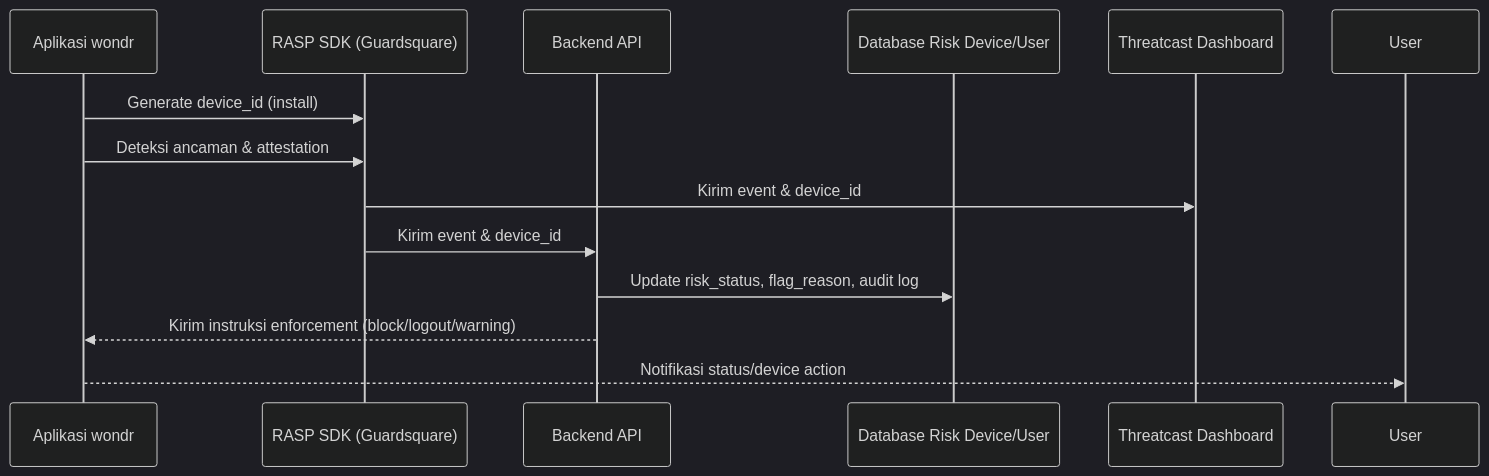
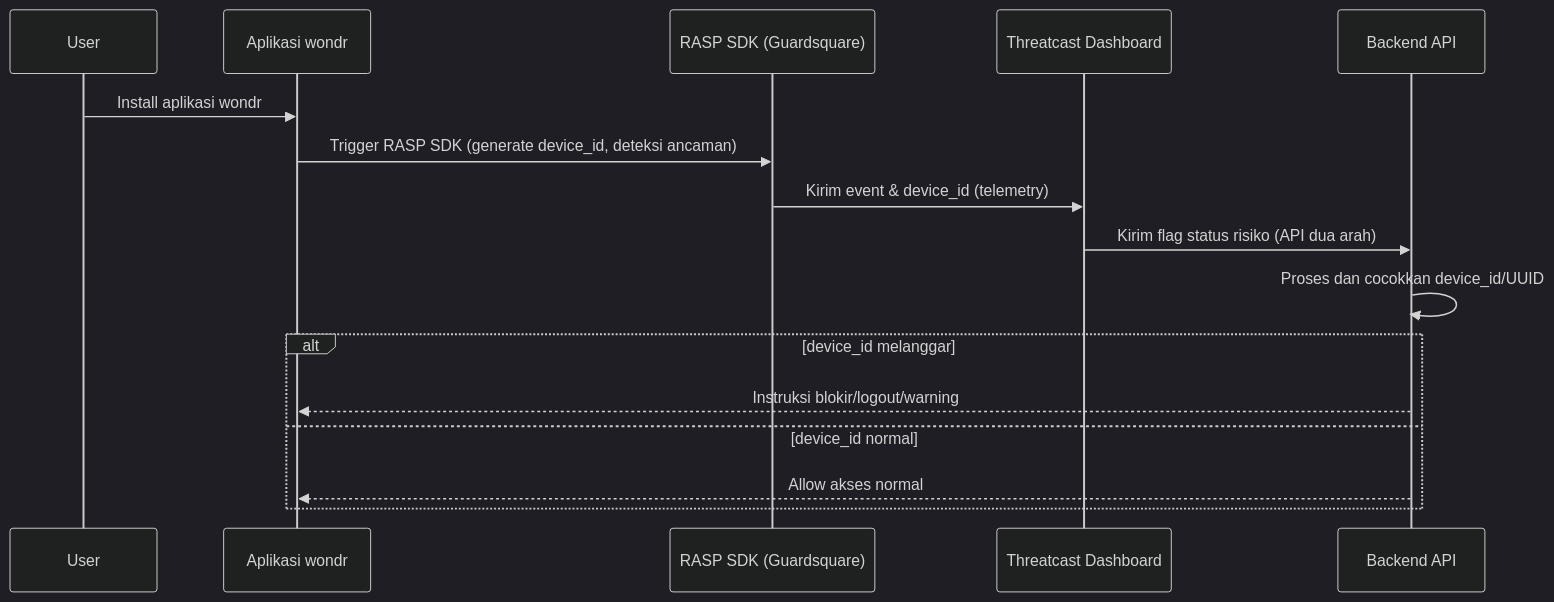
Before and after one commit to mdierm/threatcast: the second of 2 diagrams in rca.md, drawn with Mermaid (dark theme). The commit also changed other lines of this file, not shown here.

````diff
--- a/rca.md
+++ b/rca.md
@@ -342,17 +345,19 @@
 ```mermaid
 sequenceDiagram
+    participant User as User
     participant App as Aplikasi wondr
     participant RASP as RASP SDK (Guardsquare)
+    participant Threatcast as Threatcast Dashboard
     participant Backend as Backend API
-    participant DB as Database Risk Device/User
-    participant Threatcast as Threatcast Dashboard
 
-    App->>RASP: Generate device_id (install)
-    App->>RASP: Deteksi ancaman & attestation
-    RASP->>Threatcast: Kirim event & device_id
-    RASP->>Backend: Kirim event & device_id
-    %% Ideal ke depan: Threatcast->>Backend: Push status flag (API dua arah)
-    Backend->>DB: Update risk_status, flag_reason, audit log
-    Backend-->>App: Kirim instruksi enforcement (block/logout/warning)
-    App-->>User: Notifikasi status/device action
+    User->>App: Install aplikasi wondr
+    App->>RASP: Trigger RASP SDK (generate device_id, deteksi ancaman)
+    RASP->>Threatcast: Kirim event & device_id (telemetry)
+    Threatcast->>Backend: Kirim flag status risiko (API dua arah)
+    Backend->>Backend: Proses dan cocokkan device_id/UUID
+    alt device_id melanggar
+        Backend-->>App: Instruksi blokir/logout/warning
+    else device_id normal
+        Backend-->>App: Allow akses normal
+    end
 ```
````
